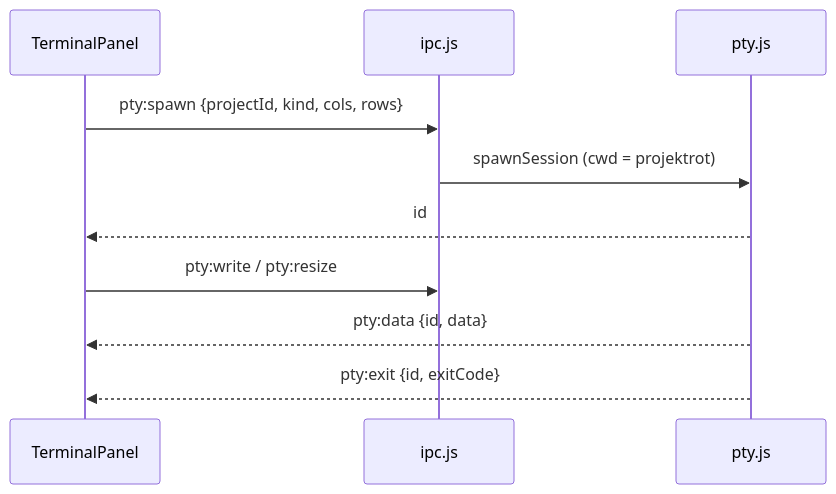
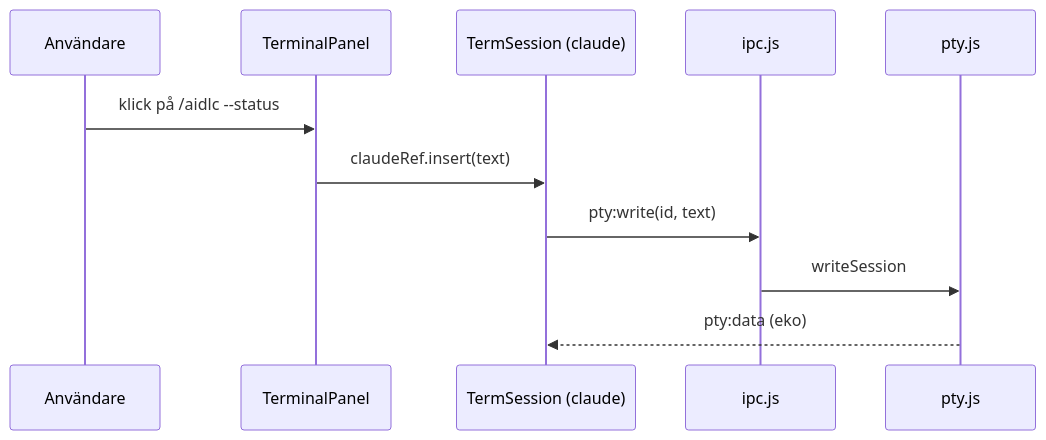
Before and after one commit to tochman/ai-dlc-thadeus: the fourth of 4 diagrams in aidlc/spaces/default/codekb/aidlc-dash/architecture.md, drawn with Mermaid. The commit also changed other lines of this file and 74 other files, not shown here.

````diff
--- a/aidlc/spaces/default/codekb/aidlc-dash/architecture.md
+++ b/aidlc/spaces/default/codekb/aidlc-dash/architecture.md
@@ -126,12 +130,13 @@
 ```mermaid
 sequenceDiagram
-  participant T as TerminalPanel
+  participant U as Användare
+  participant TP as TerminalPanel
+  participant TS as TermSession (claude)
   participant I as ipc.js
   participant P as pty.js
-  T->>I: pty:spawn {projectId, kind, cols, rows}
-  I->>P: spawnSession (cwd = projektrot)
-  P-->>T: id
-  T->>I: pty:write / pty:resize
-  P-->>T: pty:data {id, data}
-  P-->>T: pty:exit {id, exitCode}
+  U->>TP: klick på /aidlc --status
+  TP->>TS: claudeRef.insert(text)
+  TS->>I: pty:write(id, text)
+  I->>P: writeSession
+  P-->>TS: pty:data (eko)
 ```
````
